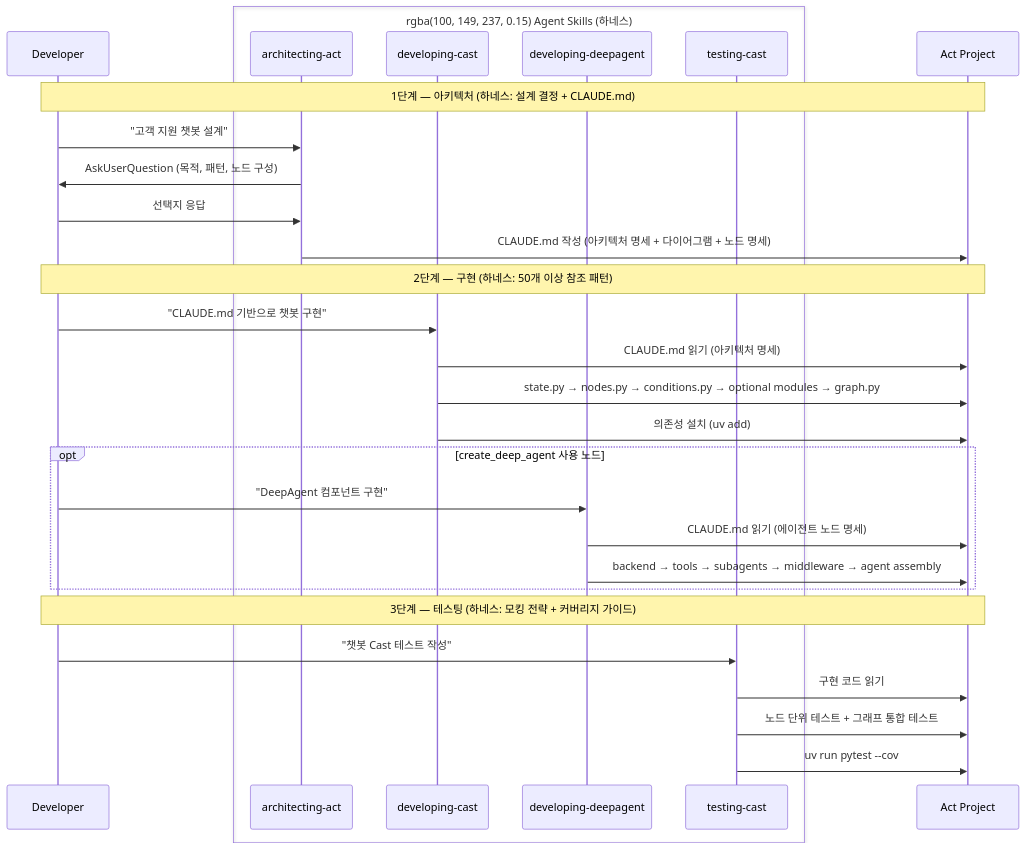
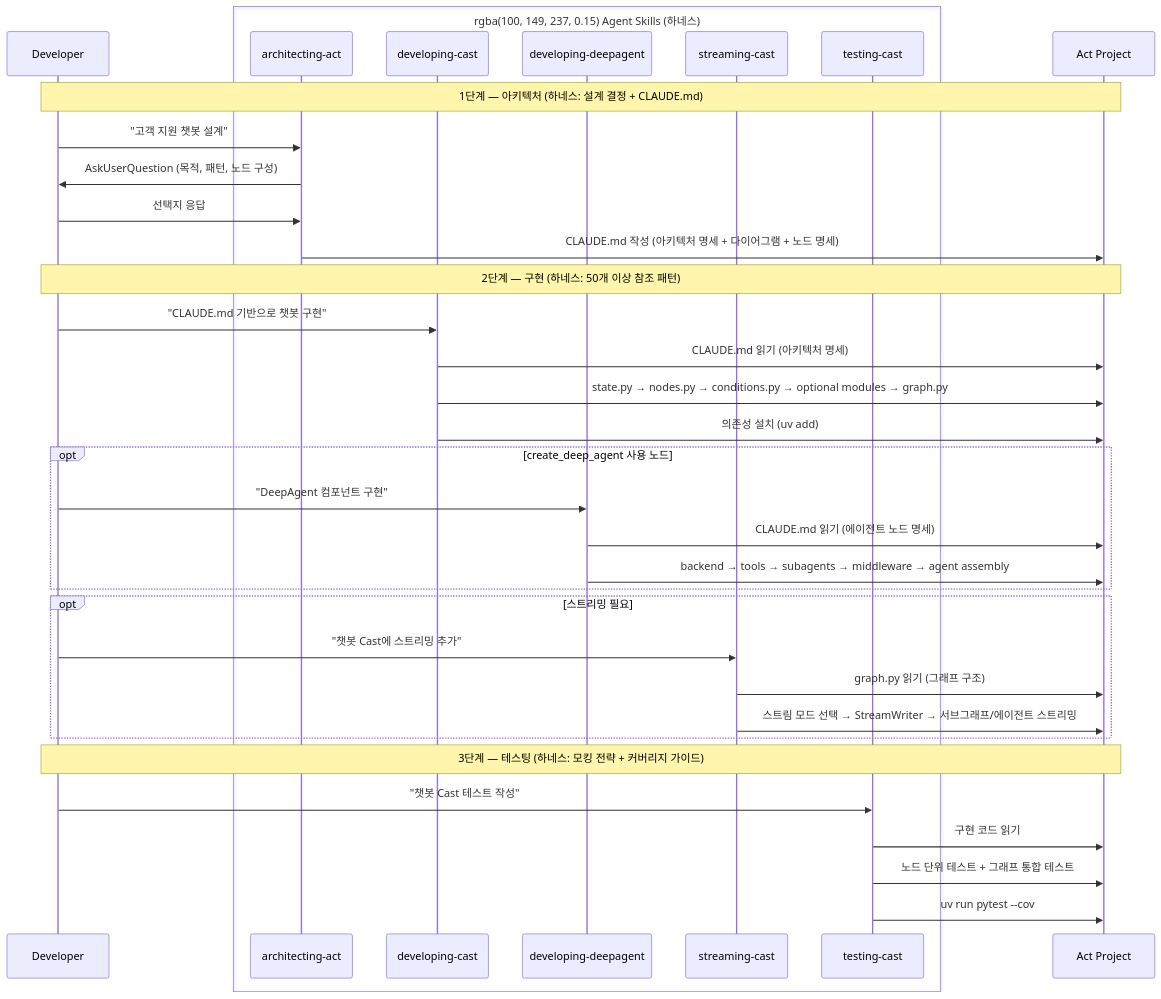
Before and after one commit to aiagentlab/act-operator: the first of 3 diagrams in README_KR.md, drawn with Mermaid. The commit also changed other lines of this file and 5 other files, not shown here.

First line of the commit message:
feat: enhance streaming-cast documentation and resources

````diff
--- a/README_KR.md
+++ b/README_KR.md
@@ -164,35 +167,42 @@
 ```mermaid
 sequenceDiagram
     participant U as Developer
     box rgba(100, 149, 237, 0.15) Agent Skills (하네스)
         participant AA as architecting-act
         participant DC as developing-cast
         participant DD as developing-deepagent
+        participant SC as streaming-cast
         participant TC as testing-cast
     end
     participant P as Act Project
 
     Note over U,P: 1단계 — 아키텍처 (하네스: 설계 결정 + CLAUDE.md)
     U->>AA: "고객 지원 챗봇 설계"
     AA->>U: AskUserQuestion (목적, 패턴, 노드 구성)
     U->>AA: 선택지 응답
     AA->>P: CLAUDE.md 작성 (아키텍처 명세 + 다이어그램 + 노드 명세)
 
     Note over U,P: 2단계 — 구현 (하네스: 50개 이상 참조 패턴)
     U->>DC: "CLAUDE.md 기반으로 챗봇 구현"
     DC->>P: CLAUDE.md 읽기 (아키텍처 명세)
     DC->>P: state.py → nodes.py → conditions.py → optional modules → graph.py
     DC->>P: 의존성 설치 (uv add)
 
     opt create_deep_agent 사용 노드
     U->>DD: "DeepAgent 컴포넌트 구현"
     DD->>P: CLAUDE.md 읽기 (에이전트 노드 명세)
     DD->>P: backend → tools → subagents → middleware → agent assembly
     end
 
+    opt 스트리밍 필요
+    U->>SC: "챗봇 Cast에 스트리밍 추가"
+    SC->>P: graph.py 읽기 (그래프 구조)
+    SC->>P: 스트림 모드 선택 → StreamWriter → 서브그래프/에이전트 스트리밍
+    end
+
     Note over U,P: 3단계 — 테스팅 (하네스: 모킹 전략 + 커버리지 가이드)
     U->>TC: "챗봇 Cast 테스트 작성"
     TC->>P: 구현 코드 읽기
     TC->>P: 노드 단위 테스트 + 그래프 통합 테스트
     TC->>P: uv run pytest --cov
 ```
````
